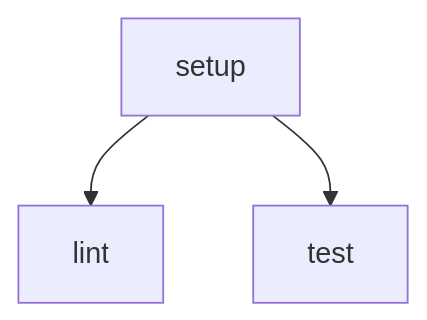
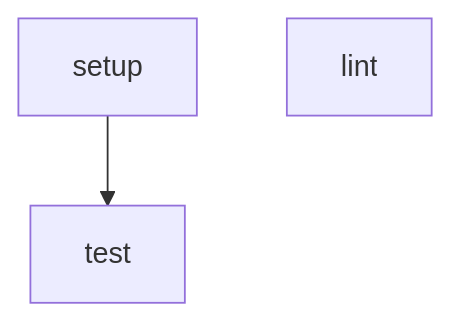
Before and after one commit to pkuppens/my_chat_gpt: the diagram in .github/actions/README.md, drawn with Mermaid. The commit also changed other lines of this file and 12 other files, not shown here.

````diff
--- a/.github/actions/README.md
+++ b/.github/actions/README.md
@@ -33,5 +35,5 @@
 ```mermaid
 graph TD
-    A[setup] --> B[lint]
-    A --> C[test]
+    A[setup] --> C[test]
+    B[lint]
 ```
````
